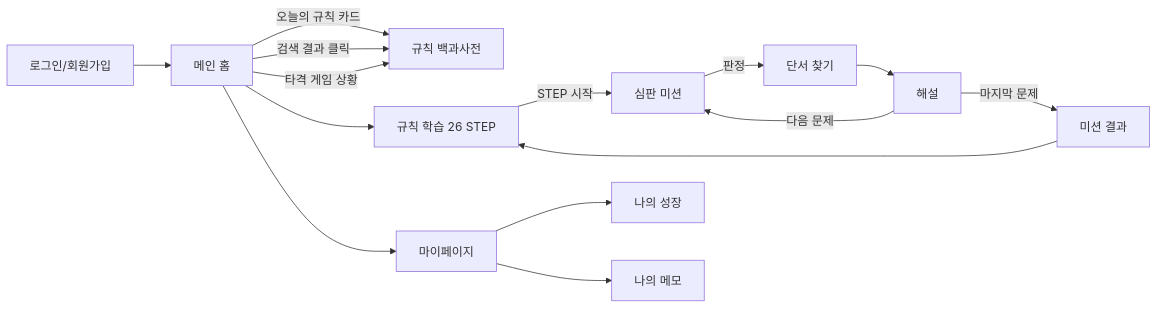
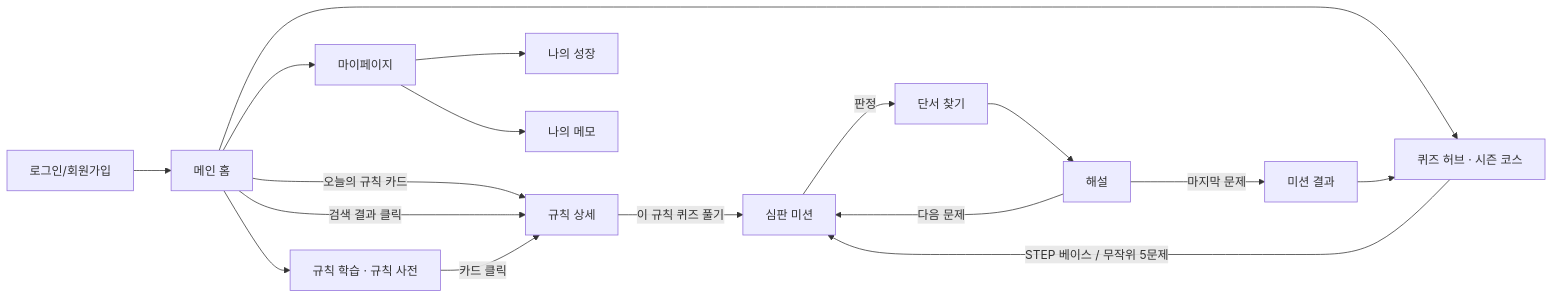
The first of 4 diagrams in docs/presentation/BaseUp_발표자료.md (yoojinseo325/oopteamproject_i), drawn with Mermaid before and after one commit. The commit also changed other lines of this file and 23 other files, not shown here.

````diff
--- a/docs/presentation/BaseUp_발표자료.md
+++ b/docs/presentation/BaseUp_발표자료.md
@@ -104,17 +105,19 @@
 ```mermaid
 flowchart LR
   Login[로그인/회원가입] --> Home[메인 홈]
-  Home -->|오늘의 규칙 카드| Library[규칙 백과사전]
-  Home -->|검색 결과 클릭| Library
-  Home -->|타격 게임 상황| Library
-  Home --> Study[규칙 학습 26 STEP]
-  Study -->|STEP 시작| Quiz[심판 미션]
+  Home -->|오늘의 규칙 카드| Detail[규칙 상세]
+  Home -->|검색 결과 클릭| Detail
+  Home --> Book[규칙 학습 · 규칙 사전]
+  Book -->|카드 클릭| Detail
+  Detail -->|이 규칙 퀴즈 풀기| Quiz
+  Home --> Hub[퀴즈 허브 · 시즌 코스]
+  Hub -->|STEP 베이스 / 무작위 5문제| Quiz[심판 미션]
   Quiz -->|판정| Clue[단서 찾기]
   Clue --> Feedback[해설]
   Feedback -->|다음 문제| Quiz
   Feedback -->|마지막 문제| Result[미션 결과]
-  Result --> Study
+  Result --> Hub
   Home --> MyPage[마이페이지]
   MyPage --> Records[나의 성장]
   MyPage --> Notes[나의 메모]
 ```
````
